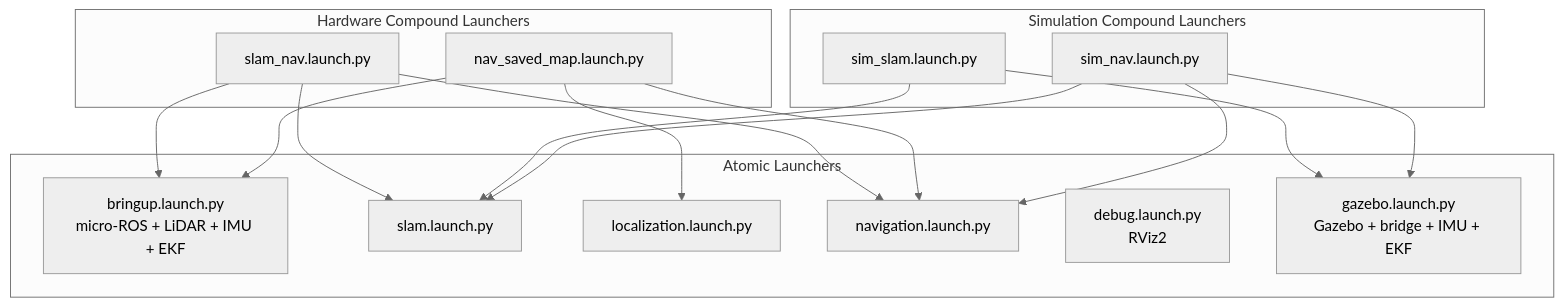
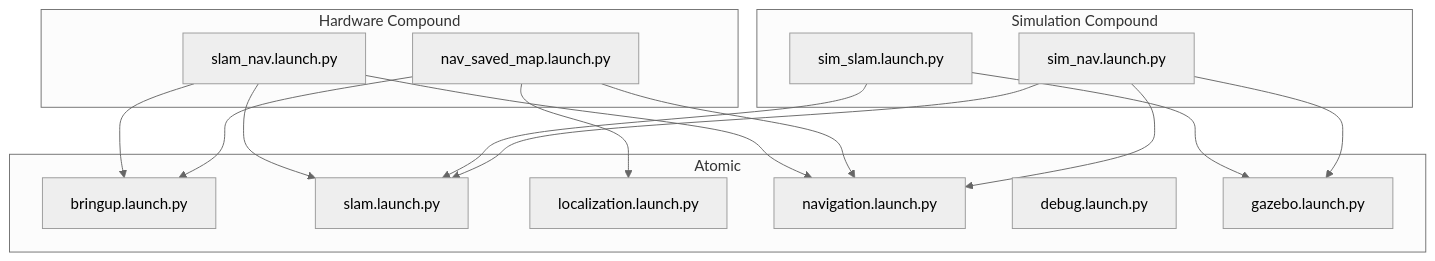
The seventh of 8 diagrams in ros2_ws/src/burgerbot/ARCHITECTURE.md (Aimene-D/burgerbot), drawn with Mermaid (neutral theme) before and after one commit. The commit also changed other lines of this file and 1 other file, not shown here.

First line of the commit message:
docs: update README and ARCHITECTURE for Ubuntu, Docker fixes, and Jazzy compatibility

````diff
--- a/ros2_ws/src/burgerbot/ARCHITECTURE.md
+++ b/ros2_ws/src/burgerbot/ARCHITECTURE.md
@@ -194,36 +226,36 @@
 ```mermaid
 flowchart TB
-    subgraph HW_COMPOUND["Hardware Compound Launchers"]
+    subgraph HW_COMPOUND["Hardware Compound"]
         SN["slam_nav.launch.py"]
         NSM["nav_saved_map.launch.py"]
     end
 
-    subgraph SIM_COMPOUND["Simulation Compound Launchers"]
+    subgraph SIM_COMPOUND["Simulation Compound"]
         SS["sim_slam.launch.py"]
         SNAV["sim_nav.launch.py"]
     end
 
-    subgraph ATOMIC["Atomic Launchers"]
-        BU["bringup.launch.py\nmicro-ROS + LiDAR + IMU + EKF"]
+    subgraph ATOMIC["Atomic"]
+        BU["bringup.launch.py"]
         SL["slam.launch.py"]
         LOC["localization.launch.py"]
         NAV["navigation.launch.py"]
-        DBG["debug.launch.py\nRViz2"]
-        GAZ["gazebo.launch.py\nGazebo + bridge + IMU + EKF"]
+        DBG["debug.launch.py"]
+        GAZ["gazebo.launch.py"]
     end
 
     SN --> BU
     SN --> SL
     SN --> NAV
 
     NSM --> BU
     NSM --> LOC
     NSM --> NAV
 
     SS --> GAZ
     SS --> SL
 
     SNAV --> GAZ
     SNAV --> SL
     SNAV --> NAV
 ```
````
